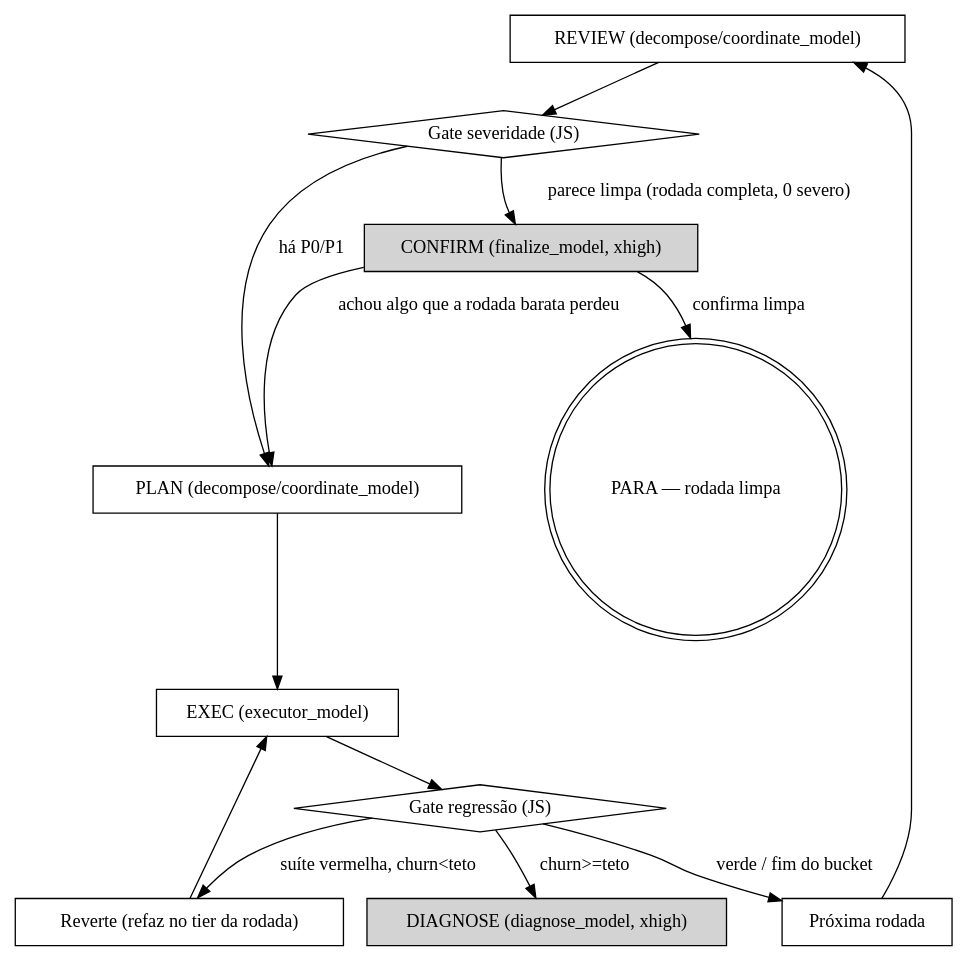
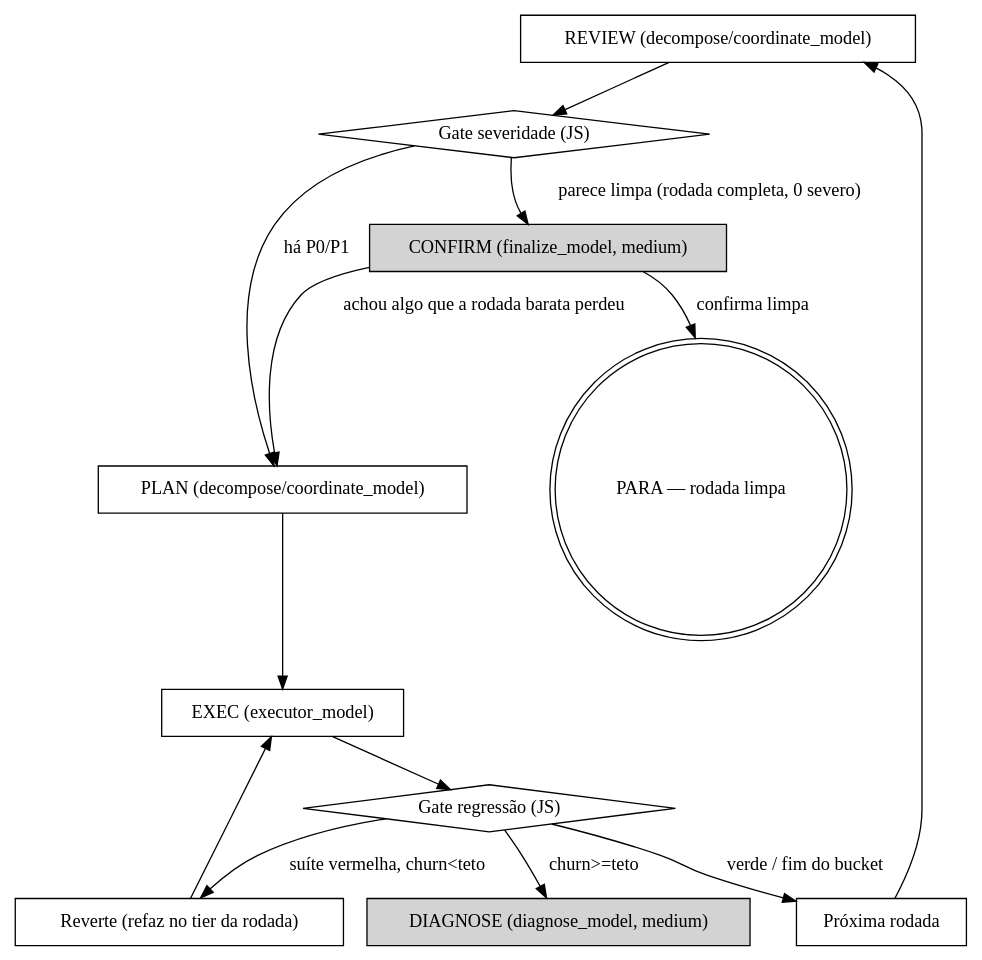
Before and after one commit to pedroberaldo87/pedro-plugins: the second of 2 diagrams in plugins/qa-loop/skills/qa-loop/SKILL.md, drawn with Graphviz. The commit also changed other lines of this file and 75 other files, not shown here.

````diff
--- a/plugins/qa-loop/skills/qa-loop/SKILL.md
+++ b/plugins/qa-loop/skills/qa-loop/SKILL.md
@@ -135,28 +151,28 @@
 ```dot
 digraph motor {
     rankdir=TB;
     "REVIEW (decompose/coordinate_model)" [shape=box];
     "Gate severidade (JS)" [shape=diamond];
-    "CONFIRM (finalize_model, xhigh)" [shape=box, style=filled];
+    "CONFIRM (finalize_model, medium)" [shape=box, style=filled];
     "PLAN (decompose/coordinate_model)" [shape=box];
     "EXEC (executor_model)" [shape=box];
     "Gate regressão (JS)" [shape=diamond];
     "Reverte (refaz no tier da rodada)" [shape=box];
-    "DIAGNOSE (diagnose_model, xhigh)" [shape=box, style=filled];
+    "DIAGNOSE (diagnose_model, medium)" [shape=box, style=filled];
     "PARA — rodada limpa" [shape=doublecircle];
     "Próxima rodada" [shape=box];
 
     "REVIEW (decompose/coordinate_model)" -> "Gate severidade (JS)";
-    "Gate severidade (JS)" -> "CONFIRM (finalize_model, xhigh)" [label="parece limpa (rodada completa, 0 severo)"];
-    "CONFIRM (finalize_model, xhigh)" -> "PARA — rodada limpa" [label="confirma limpa"];
-    "CONFIRM (finalize_model, xhigh)" -> "PLAN (decompose/coordinate_model)" [label="achou algo que a rodada barata perdeu"];
+    "Gate severidade (JS)" -> "CONFIRM (finalize_model, medium)" [label="parece limpa (rodada completa, 0 severo)"];
+    "CONFIRM (finalize_model, medium)" -> "PARA — rodada limpa" [label="confirma limpa"];
+    "CONFIRM (finalize_model, medium)" -> "PLAN (decompose/coordinate_model)" [label="achou algo que a rodada barata perdeu"];
     "Gate severidade (JS)" -> "PLAN (decompose/coordinate_model)" [label="há P0/P1"];
     "PLAN (decompose/coordinate_model)" -> "EXEC (executor_model)";
     "EXEC (executor_model)" -> "Gate regressão (JS)";
     "Gate regressão (JS)" -> "Reverte (refaz no tier da rodada)" [label="suíte vermelha, churn<teto"];
-    "Gate regressão (JS)" -> "DIAGNOSE (diagnose_model, xhigh)" [label="churn>=teto"];
+    "Gate regressão (JS)" -> "DIAGNOSE (diagnose_model, medium)" [label="churn>=teto"];
     "Reverte (refaz no tier da rodada)" -> "EXEC (executor_model)";
     "Gate regressão (JS)" -> "Próxima rodada" [label="verde / fim do bucket"];
     "Próxima rodada" -> "REVIEW (decompose/coordinate_model)";
 }
 ```
````
